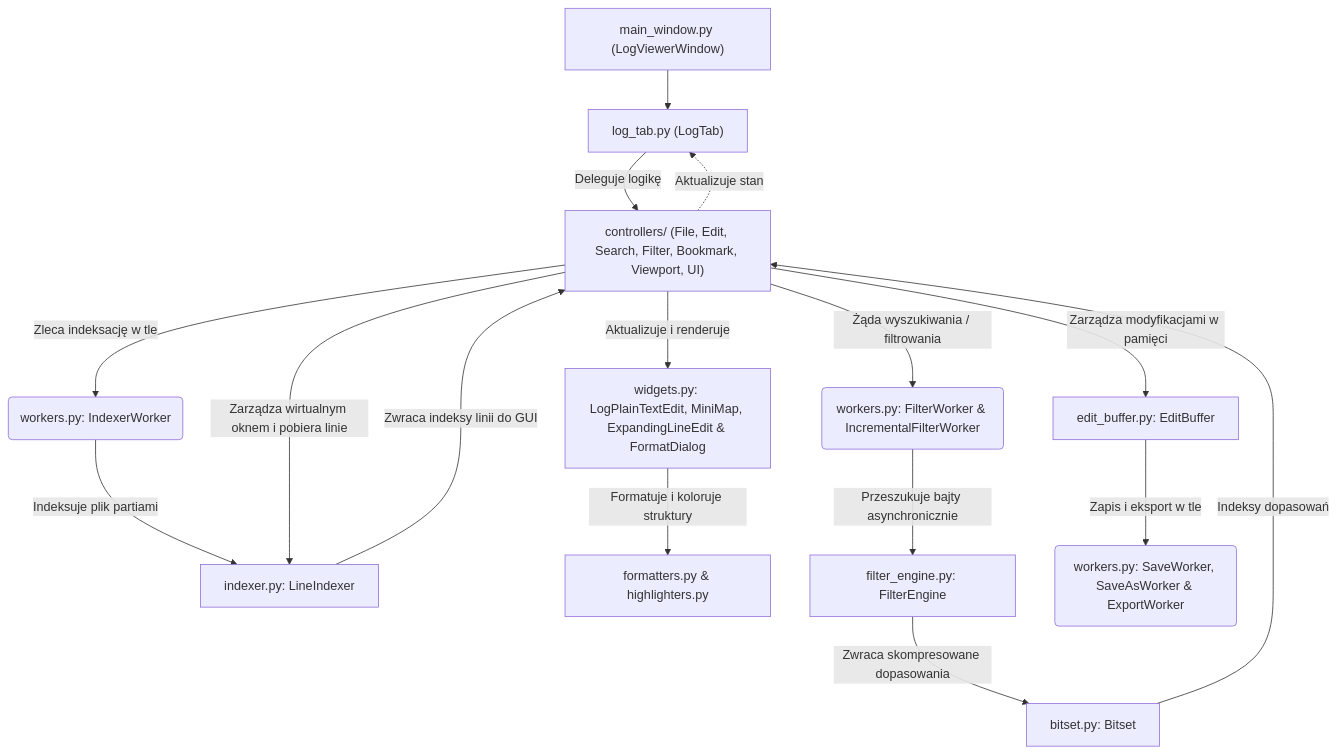
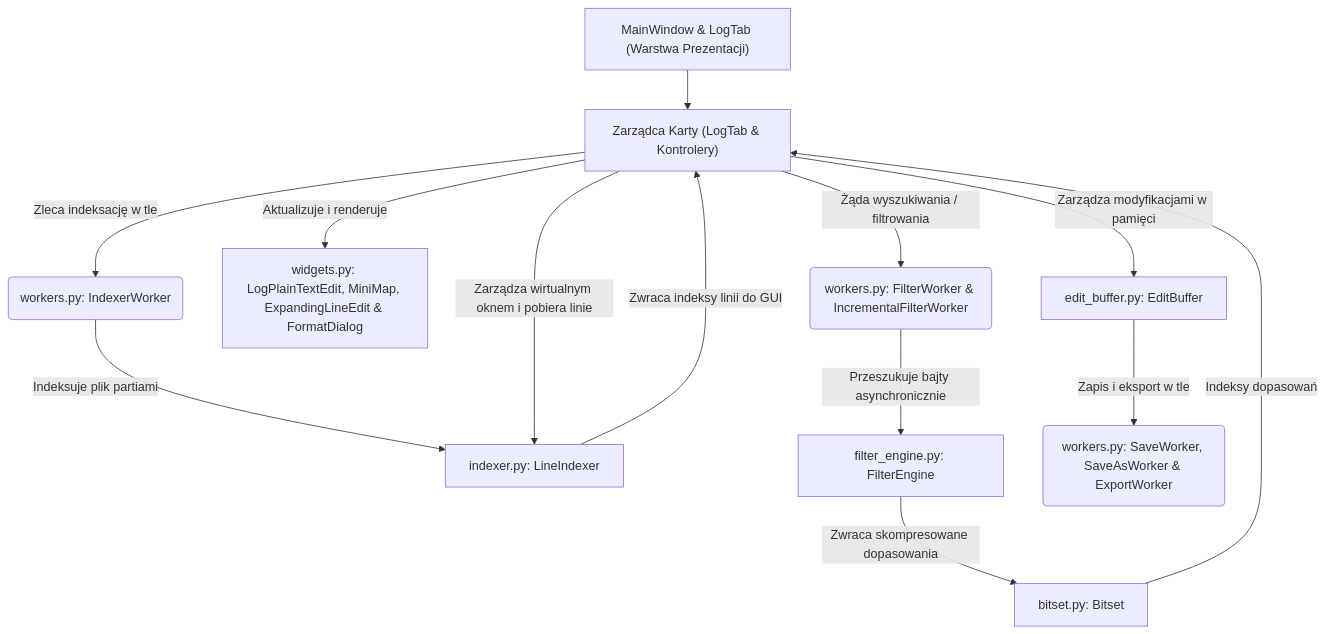
The diagram in ARCHITECTURE.md (asmodeus94/log-viewer), drawn with Mermaid before and after one commit. The commit also changed other lines of this file and 1 other file, not shown here.

Commit message:
docs: update architecture and readme with dense index and unicode search

````diff
--- a/ARCHITECTURE.md
+++ b/ARCHITECTURE.md
@@ -9,18 +9,19 @@
 ```mermaid
-flowchart TD
-    A["main_window.py (LogViewerWindow)"] --> B["log_tab.py (LogTab)"]
-    B -->|"Deleguje logikę"| Z["controllers/ (File, Edit, Search, Filter, Bookmark, Viewport, UI)"]
+graph TD
+    UI["MainWindow & LogTab (Warstwa Prezentacji)"]
+    Z["Zarządca Karty (LogTab & Kontrolery)"]
+    UI --> Z
+    
     Z -->|"Zleca indeksację w tle"| C("workers.py: IndexerWorker")
     C -->|"Indeksuje plik partiami"| D["indexer.py: LineIndexer"]
     D -->|"Zwraca indeksy linii do GUI"| Z
     Z -->|"Zarządza wirtualnym oknem i pobiera linie"| D
     Z -->|"Aktualizuje i renderuje"| E["widgets.py: LogPlainTextEdit, MiniMap, ExpandingLineEdit & FormatDialog"]
-    E -->|"Formatuje i koloruje struktury"| FH["formatters.py & highlighters.py"]
+    
     Z -->|"Żąda wyszukiwania / filtrowania"| F("workers.py: FilterWorker & IncrementalFilterWorker")
     F -->|"Przeszukuje bajty asynchronicznie"| G["filter_engine.py: FilterEngine"]
     G -->|"Zwraca skompresowane dopasowania"| H["bitset.py: Bitset"]
     H -->|"Indeksy dopasowań"| Z
     Z -->|"Zarządza modyfikacjami w pamięci"| EB["edit_buffer.py: EditBuffer"]
     EB -->|"Zapis i eksport w tle"| W2("workers.py: SaveWorker, SaveAsWorker & ExportWorker")
-    Z -.->|"Aktualizuje stan"| B
 ```
````
